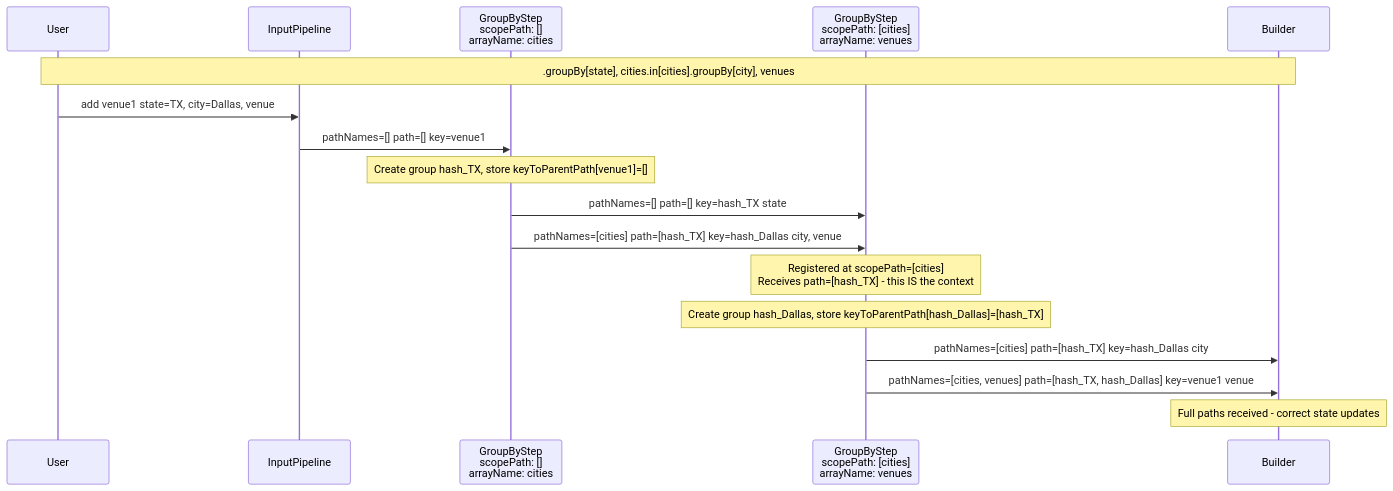
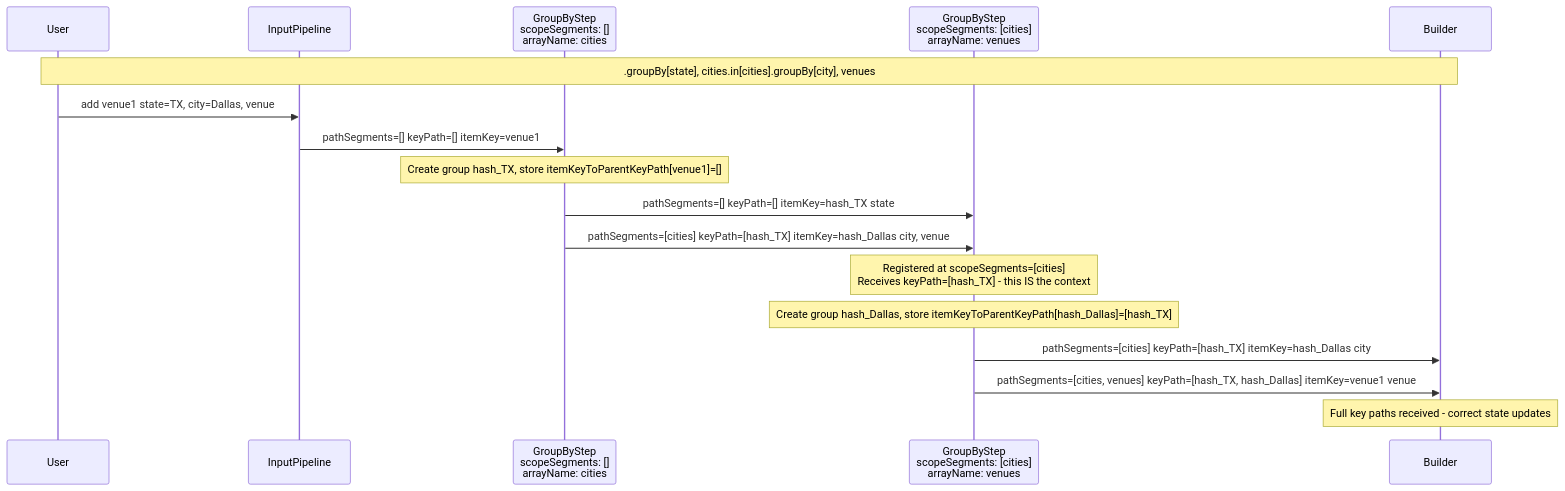
One commit to michaellperry/aggregator-toy changed the diagram in docs/in-path-prefix-design.md. Above: the diagram before and after it, drawn with Mermaid. The commit also changed other lines of this file and 20 other files, not shown here.

````diff
--- a/docs/in-path-prefix-design.md
+++ b/docs/in-path-prefix-design.md
@@ -578,25 +578,25 @@
 ```mermaid
 sequenceDiagram
     participant User
     participant Input as InputPipeline
-    participant GB1 as GroupByStep<br/>scopePath: []<br/>arrayName: cities
-    participant GB2 as GroupByStep<br/>scopePath: [cities]<br/>arrayName: venues
+    participant GB1 as GroupByStep<br/>scopeSegments: []<br/>arrayName: cities
+    participant GB2 as GroupByStep<br/>scopeSegments: [cities]<br/>arrayName: venues
     participant Builder
     
     Note over User,Builder: .groupBy[state], cities.in[cities].groupBy[city], venues
     
     User->>Input: add venue1 state=TX, city=Dallas, venue
-    Input->>GB1: pathNames=[] path=[] key=venue1
+    Input->>GB1: pathSegments=[] keyPath=[] itemKey=venue1
     
-    Note over GB1: Create group hash_TX, store keyToParentPath[venue1]=[]
-    GB1->>GB2: pathNames=[] path=[] key=hash_TX state
-    GB1->>GB2: pathNames=[cities] path=[hash_TX] key=hash_Dallas city, venue
+    Note over GB1: Create group hash_TX, store itemKeyToParentKeyPath[venue1]=[]
+    GB1->>GB2: pathSegments=[] keyPath=[] itemKey=hash_TX state
+    GB1->>GB2: pathSegments=[cities] keyPath=[hash_TX] itemKey=hash_Dallas city, venue
     
-    Note over GB2: Registered at scopePath=[cities]<br/>Receives path=[hash_TX] - this IS the context
-    Note over GB2: Create group hash_Dallas, store keyToParentPath[hash_Dallas]=[hash_TX]
+    Note over GB2: Registered at scopeSegments=[cities]<br/>Receives keyPath=[hash_TX] - this IS the context
+    Note over GB2: Create group hash_Dallas, store itemKeyToParentKeyPath[hash_Dallas]=[hash_TX]
     
-    GB2->>Builder: pathNames=[cities] path=[hash_TX] key=hash_Dallas city
-    GB2->>Builder: pathNames=[cities, venues] path=[hash_TX, hash_Dallas] key=venue1 venue
+    GB2->>Builder: pathSegments=[cities] keyPath=[hash_TX] itemKey=hash_Dallas city
+    GB2->>Builder: pathSegments=[cities, venues] keyPath=[hash_TX, hash_Dallas] itemKey=venue1 venue
     
-    Note over Builder: Full paths received - correct state updates
+    Note over Builder: Full key paths received - correct state updates
 ```
````
